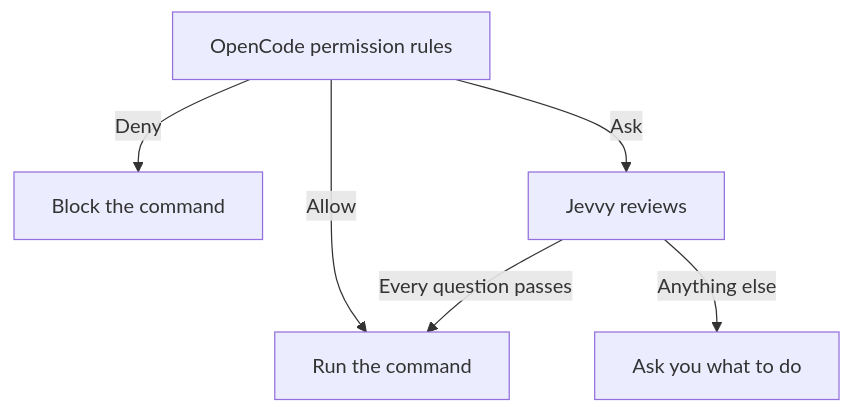
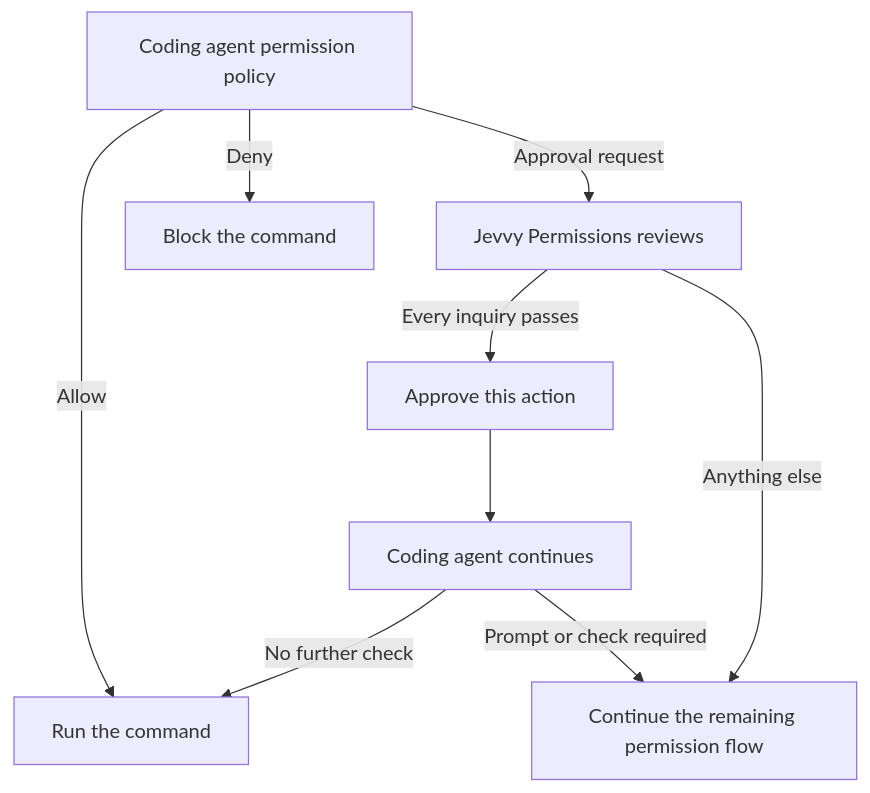
One commit to PanAchy/jevvy changed the diagram in README.md. Above: the diagram before and after it, drawn with Mermaid. The commit also changed other lines of this file and 37 other files, not shown here.

First line of the commit message:
feat: add Claude Code permission harness (#24)

````diff
--- a/README.md
+++ b/README.md
@@ -52,9 +55,12 @@
 ```mermaid
 flowchart TD
-    rules[OpenCode permission rules]
+    rules[Coding agent permission policy]
     rules -->|Allow| run[Run the command]
     rules -->|Deny| block[Block the command]
-    rules -->|Ask| review[Jevvy reviews]
-    review -->|Every question passes| run
-    review -->|Anything else| prompt[Ask you what to do]
+    rules -->|Approval request| review[Jevvy Permissions reviews]
+    review -->|Every inquiry passes| approve[Approve this action]
+    review -->|Anything else| remaining[Continue the remaining permission flow]
+    approve --> proceed[Coding agent continues]
+    proceed -->|No further check| run
+    proceed -->|Prompt or check required| remaining
 ```
````
